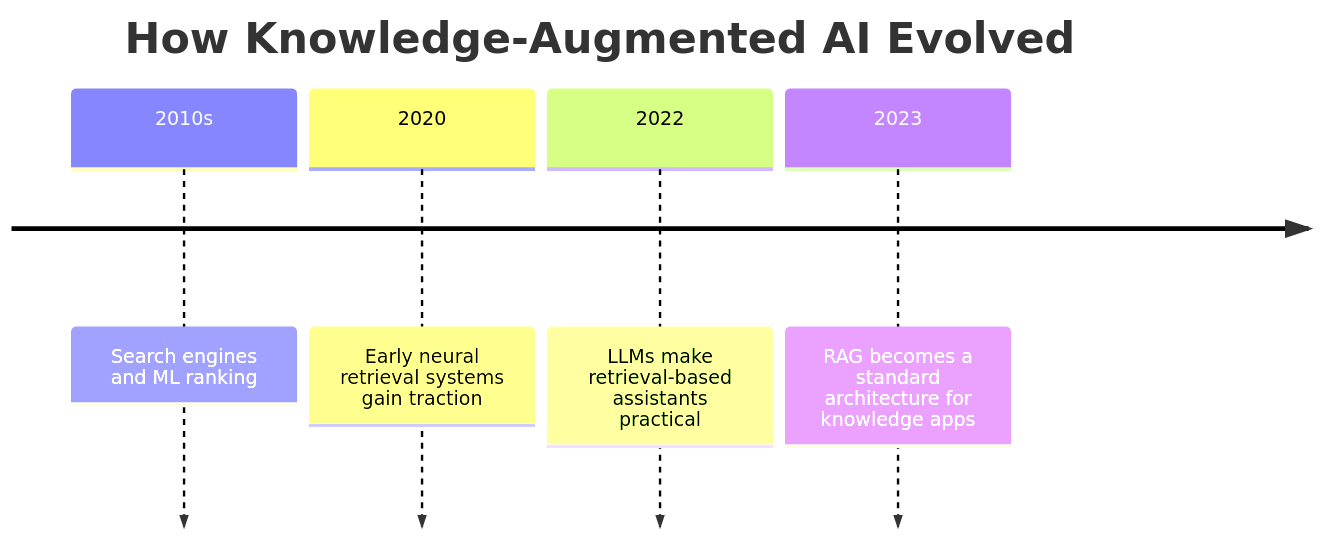
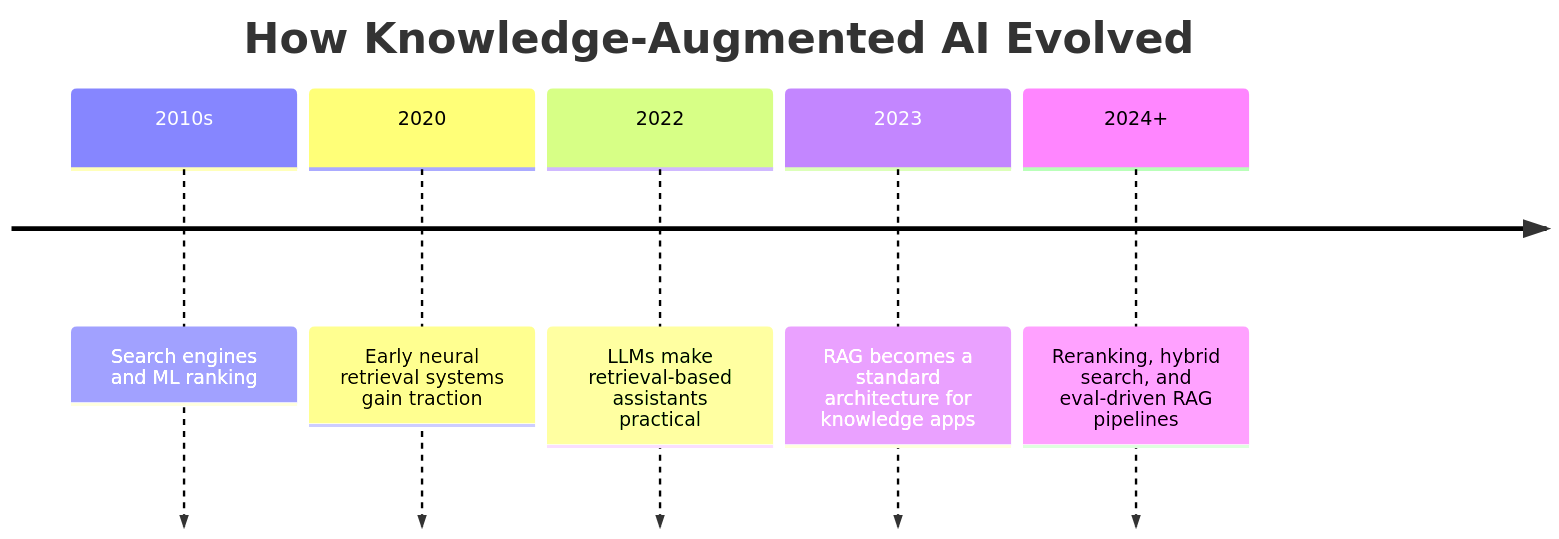
The second of 15 diagrams in day_17/day_17_rag.md (Asabeneh/30-Days-Of-AI-Engineering), drawn with Mermaid before and after one commit. The commit also changed other lines of this file and 49 other files, not shown here.

````diff
--- a/day_17/day_17_rag.md
+++ b/day_17/day_17_rag.md
@@ -92,8 +128,9 @@
 ```mermaid
 timeline
     title How Knowledge-Augmented AI Evolved
     2010s : Search engines and ML ranking
     2020 : Early neural retrieval systems gain traction
     2022 : LLMs make retrieval-based assistants practical
     2023 : RAG becomes a standard architecture for knowledge apps
+    2024+ : Reranking, hybrid search, and eval-driven RAG pipelines
 ```
````
